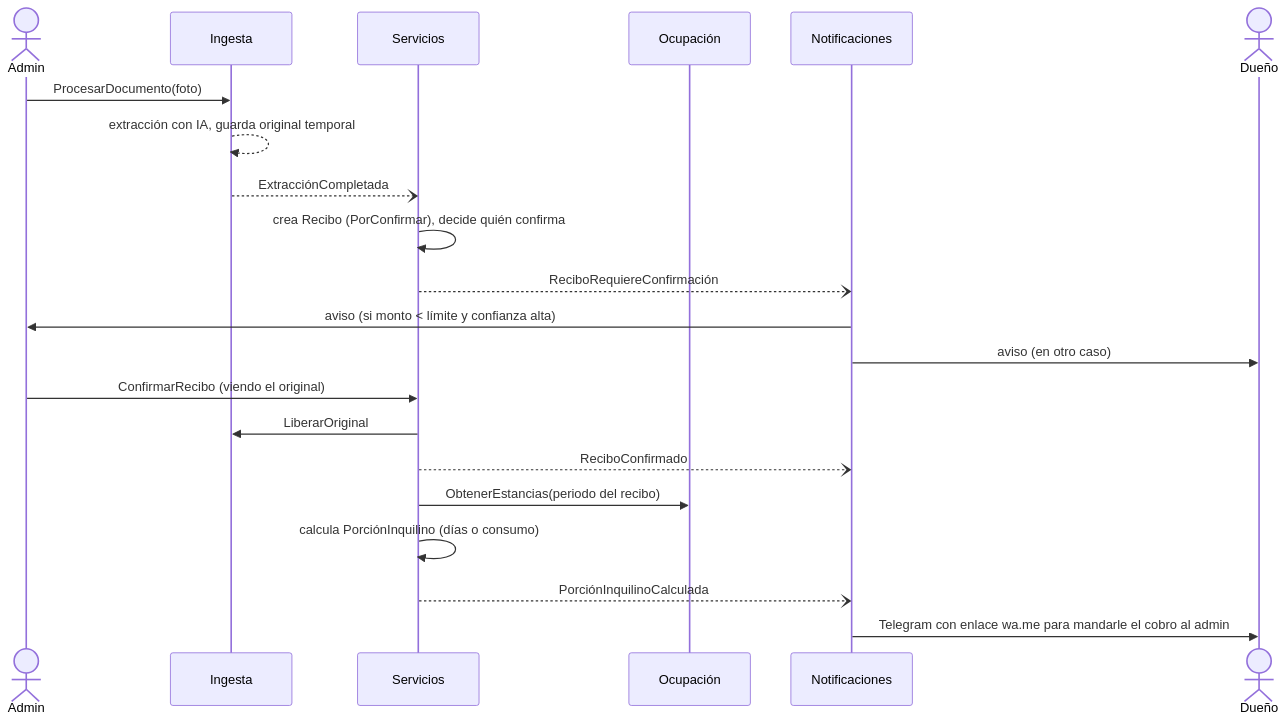
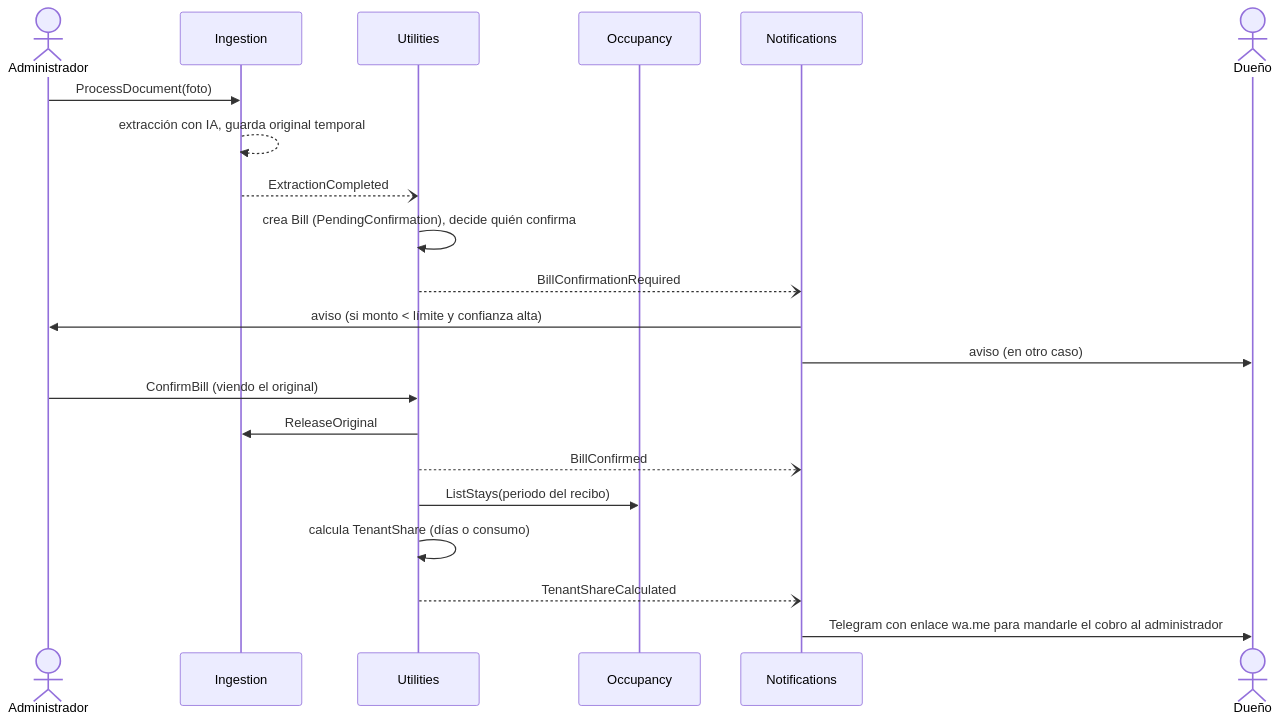
Before and after one commit to saulgmx/admin-rentas: the third of 3 diagrams in docs/arquitectura/mapa-modulos.md, drawn with Mermaid. The commit also changed other lines of this file and 12 other files, not shown here.

````diff
--- a/docs/arquitectura/mapa-modulos.md
+++ b/docs/arquitectura/mapa-modulos.md
@@ -214,24 +214,24 @@
 ```mermaid
 sequenceDiagram
-    actor Admin
-    participant ING as Ingesta
-    participant SRV as Servicios
-    participant OCU as Ocupación
-    participant NOT as Notificaciones
-    actor Dueño
+    actor Manager as Administrador
+    participant ING as Ingestion
+    participant UTL as Utilities
+    participant OCC as Occupancy
+    participant NTF as Notifications
+    actor Owner as Dueño
 
-    Admin->>ING: ProcesarDocumento(foto)
+    Manager->>ING: ProcessDocument(foto)
     ING-->>ING: extracción con IA, guarda original temporal
-    ING--)SRV: ExtracciónCompletada
-    SRV->>SRV: crea Recibo (PorConfirmar), decide quién confirma
-    SRV--)NOT: ReciboRequiereConfirmación
-    NOT->>Admin: aviso (si monto < límite y confianza alta)
-    NOT->>Dueño: aviso (en otro caso)
-    Admin->>SRV: ConfirmarRecibo (viendo el original)
-    SRV->>ING: LiberarOriginal
-    SRV--)NOT: ReciboConfirmado
-    SRV->>OCU: ObtenerEstancias(periodo del recibo)
-    SRV->>SRV: calcula PorciónInquilino (días o consumo)
-    SRV--)NOT: PorciónInquilinoCalculada
-    NOT->>Dueño: Telegram con enlace wa.me para mandarle el cobro al admin
+    ING--)UTL: ExtractionCompleted
+    UTL->>UTL: crea Bill (PendingConfirmation), decide quién confirma
+    UTL--)NTF: BillConfirmationRequired
+    NTF->>Manager: aviso (si monto < límite y confianza alta)
+    NTF->>Owner: aviso (en otro caso)
+    Manager->>UTL: ConfirmBill (viendo el original)
+    UTL->>ING: ReleaseOriginal
+    UTL--)NTF: BillConfirmed
+    UTL->>OCC: ListStays(periodo del recibo)
+    UTL->>UTL: calcula TenantShare (días o consumo)
+    UTL--)NTF: TenantShareCalculated
+    NTF->>Owner: Telegram con enlace wa.me para mandarle el cobro al administrador
 ```
````
